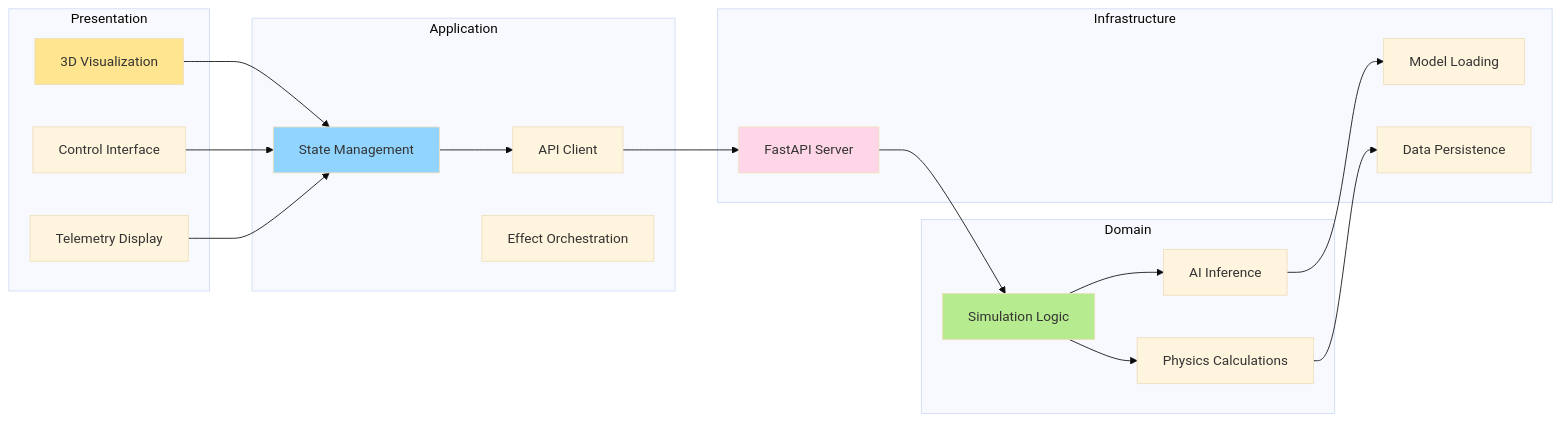
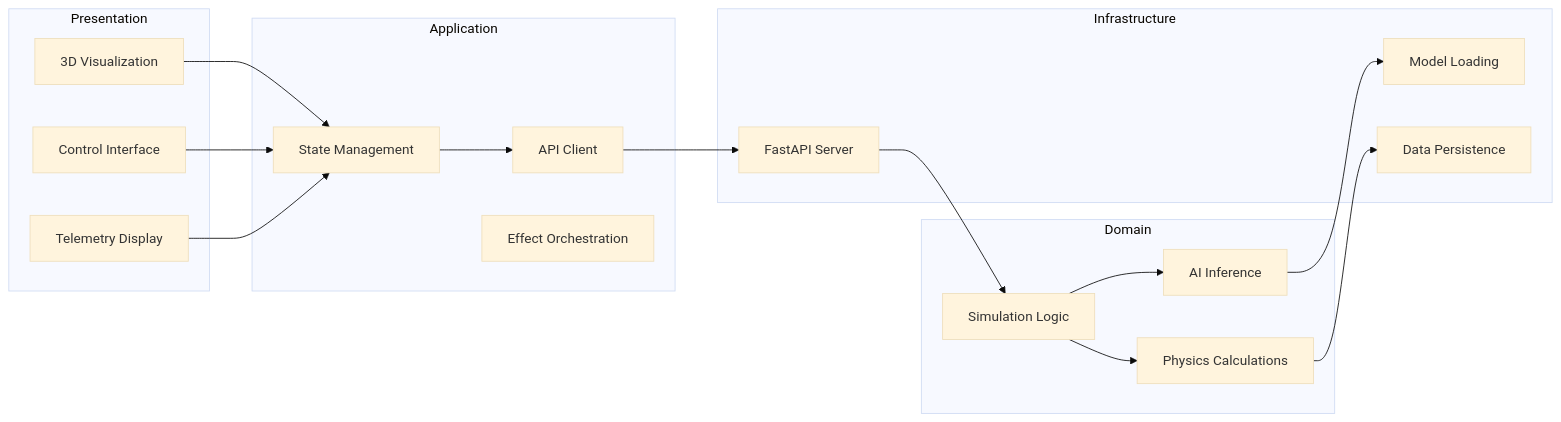
One commit to Divesh-Kshirsagar/BIMCS changed the second of 10 diagrams in docs/architecture.md. Above: the diagram before and after it, drawn with Mermaid (base theme). The commit also changed other lines of this file and 7 other files, not shown here.

Commit message:
refactor: remove unnecessary style definitions from documentation diagrams

````diff
--- a/docs/architecture.md
+++ b/docs/architecture.md
@@ -82,42 +78,38 @@
 ```mermaid
 graph LR
     subgraph "Presentation"
         A[3D Visualization]
         B[Control Interface]
         C[Telemetry Display]
     end
     
     subgraph "Application"
         D[State Management]
         E[API Client]
         F[Effect Orchestration]
     end
     
     subgraph "Domain"
         G[Simulation Logic]
         H[Physics Calculations]
         I[AI Inference]
     end
     
     subgraph "Infrastructure"
         J[FastAPI Server]
         K[Model Loading]
         L[Data Persistence]
     end
     
     A --> D
     B --> D
     C --> D
     D --> E
     E --> J
     J --> G
     G --> H
     G --> I
     H --> L
     I --> K
     
-    style A fill:#ffe58f
-    style D fill:#91d5ff
-    style G fill:#b7eb8f
-    style J fill:#ffd6e7
 ```
````
